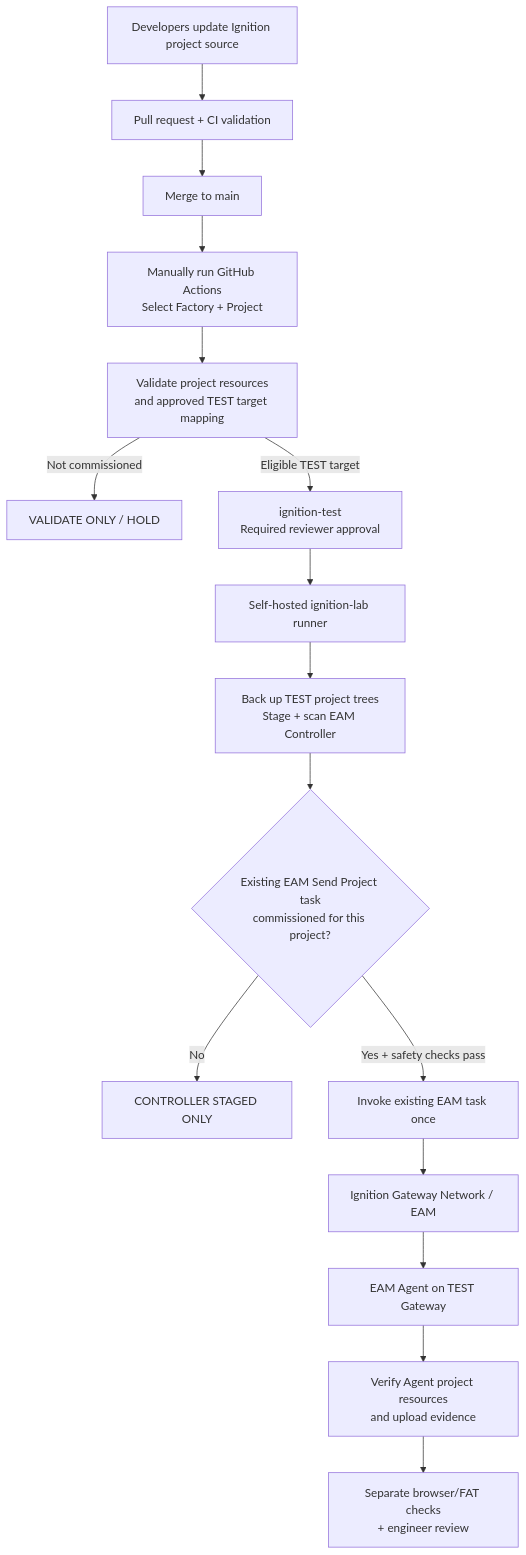
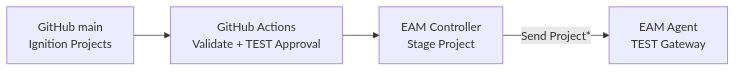
Before and after one commit to tomha85/ignition-cicd: the diagram in README.md, drawn with Mermaid. The commit also changed other lines of this file, not shown here.

Commit message:
docs: simplify main README CI/CD flow to four EAM architecture blocks

````diff
--- a/README.md
+++ b/README.md
@@ -8,18 +8,6 @@
 ```mermaid
-flowchart TD
-    A["Developers update Ignition project source"] --> B["Pull request + CI validation"]
-    B --> C["Merge to main"]
-    C --> D["Manually run GitHub Actions<br/>Select Factory + Project"]
-    D --> E["Validate project resources<br/>and approved TEST target mapping"]
-    E -->|Not commissioned| H["VALIDATE ONLY / HOLD"]
-    E -->|Eligible TEST target| F["ignition-test<br/>Required reviewer approval"]
-    F --> G["Self-hosted ignition-lab runner"]
-    G --> I["Back up TEST project trees<br/>Stage + scan EAM Controller"]
-    I --> J{"Existing EAM Send Project task<br/>commissioned for this project?"}
-    J -->|No| K["CONTROLLER STAGED ONLY"]
-    J -->|Yes + safety checks pass| L["Invoke existing EAM task once"]
-    L --> M["Ignition Gateway Network / EAM"]
-    M --> N["EAM Agent on TEST Gateway"]
-    N --> O["Verify Agent project resources<br/>and upload evidence"]
-    O --> P["Separate browser/FAT checks<br/>+ engineer review"]
+flowchart LR
+    A["GitHub main<br/>Ignition Projects"] --> B["GitHub Actions<br/>Validate + TEST Approval"]
+    B --> C["EAM Controller<br/>Stage Project"]
+    C -->|"Send Project*"| D["EAM Agent<br/>TEST Gateway"]
 ```
````
